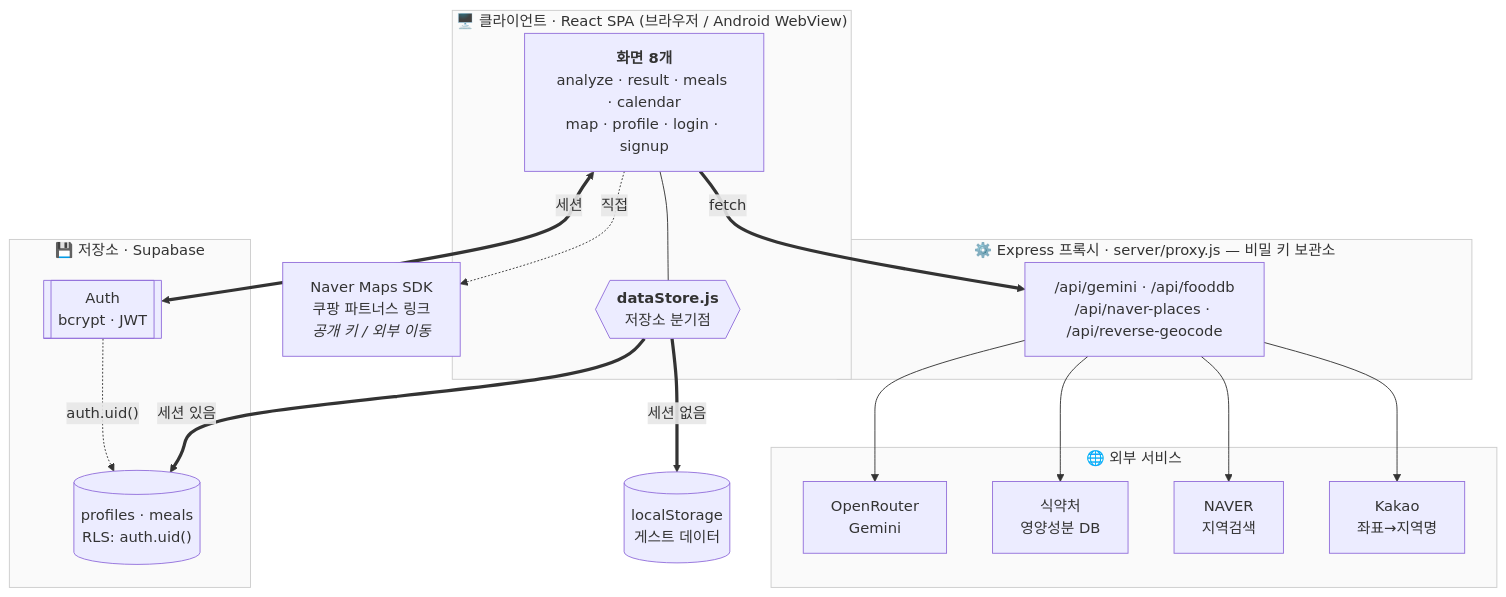
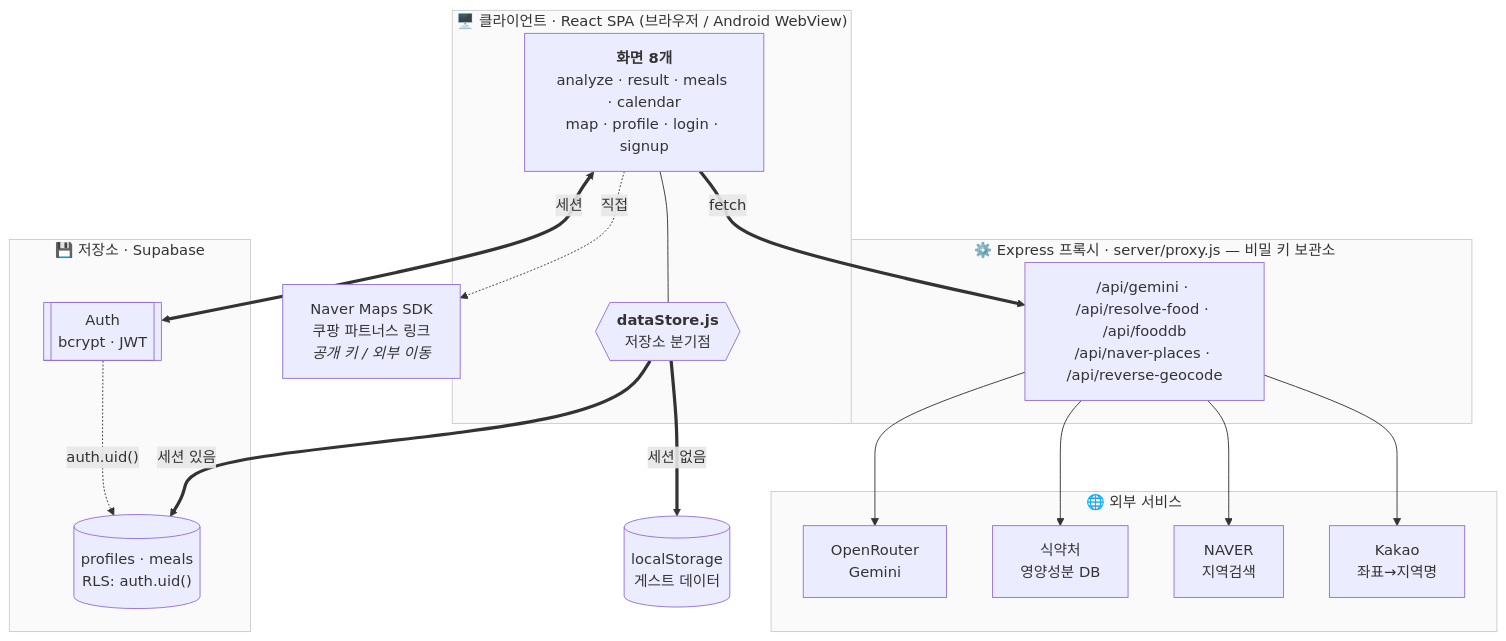
Before and after one commit to Mureung1/hub-showcase: the diagram in README.md, drawn with Mermaid. The commit also changed other lines of this file and 6 other files, not shown here.

````diff
--- a/README.md
+++ b/README.md
@@ -18,38 +18,38 @@
 ```mermaid
 graph TD
     subgraph C["🖥️ 클라이언트 · React SPA (브라우저 / Android WebView)"]
         SC["<b>화면 8개</b><br/>analyze · result · meals · calendar<br/>map · profile · login · signup"]
         DS{{"<b>dataStore.js</b><br/>저장소 분기점"}}
         SC --- DS
     end
 
     subgraph P["⚙️ Express 프록시 · server/proxy.js — 비밀 키 보관소"]
-        API["/api/gemini · /api/fooddb<br/>/api/naver-places · /api/reverse-geocode"]
+        API["/api/gemini · /api/resolve-food · /api/fooddb<br/>/api/naver-places · /api/reverse-geocode"]
     end
 
     subgraph X["🌐 외부 서비스"]
         OR["OpenRouter<br/>Gemini"]
         FD["식약처<br/>영양성분 DB"]
         NV["NAVER<br/>지역검색"]
         KK["Kakao<br/>좌표→지역명"]
     end
 
     subgraph D["💾 저장소 · Supabase"]
         AU[["Auth<br/>bcrypt · JWT"]]
         SB[("profiles · meals<br/>RLS: auth.uid()")]
     end
 
     LS[("localStorage<br/>게스트 데이터")]
     PUB["Naver Maps SDK<br/>쿠팡 파트너스 링크<br/><i>공개 키 / 외부 이동</i>"]
 
     SC ==>|"fetch"| API
     API --> OR & FD & NV & KK
     SC -.->|"직접"| PUB
     SC <==>|"세션"| AU
     AU -.->|"auth.uid()"| SB
     DS ==>|"세션 없음"| LS
     DS ==>|"세션 있음"| SB
 
     classDef sub fill:#fafafa,stroke:#ccc
     class C,P,X,D sub
 ```
````
